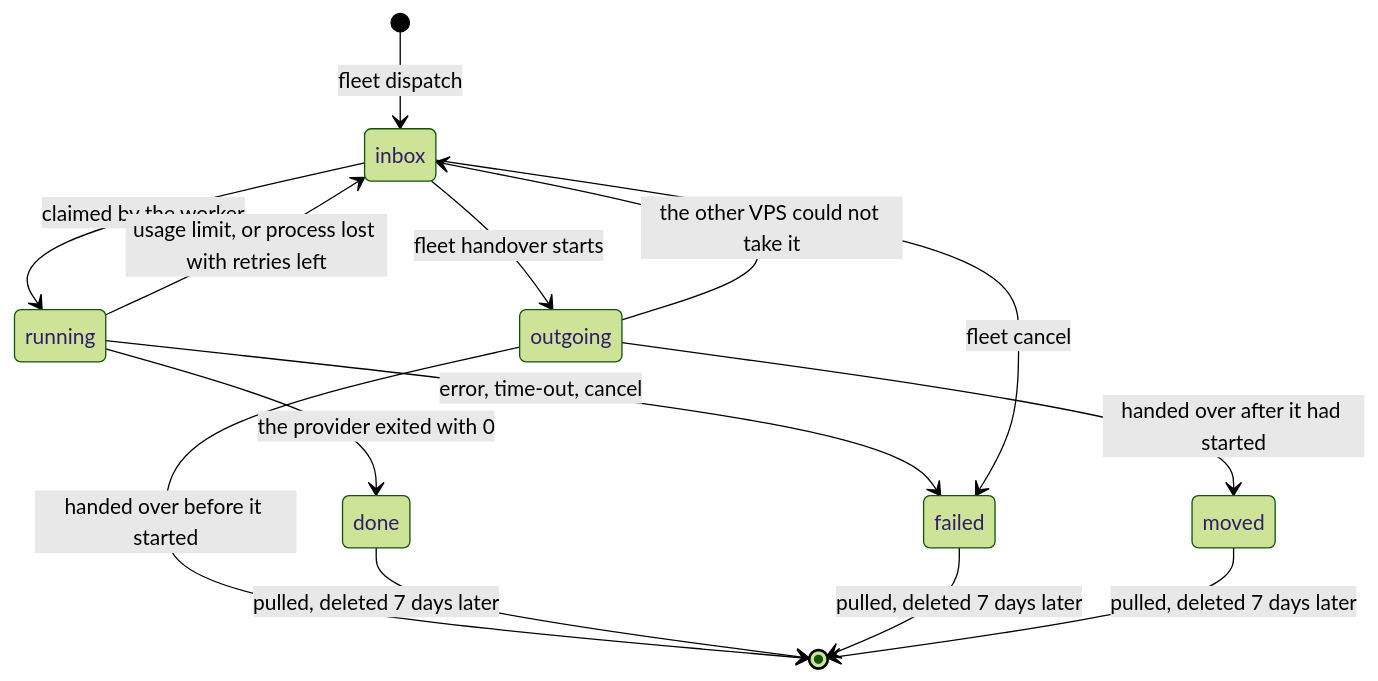
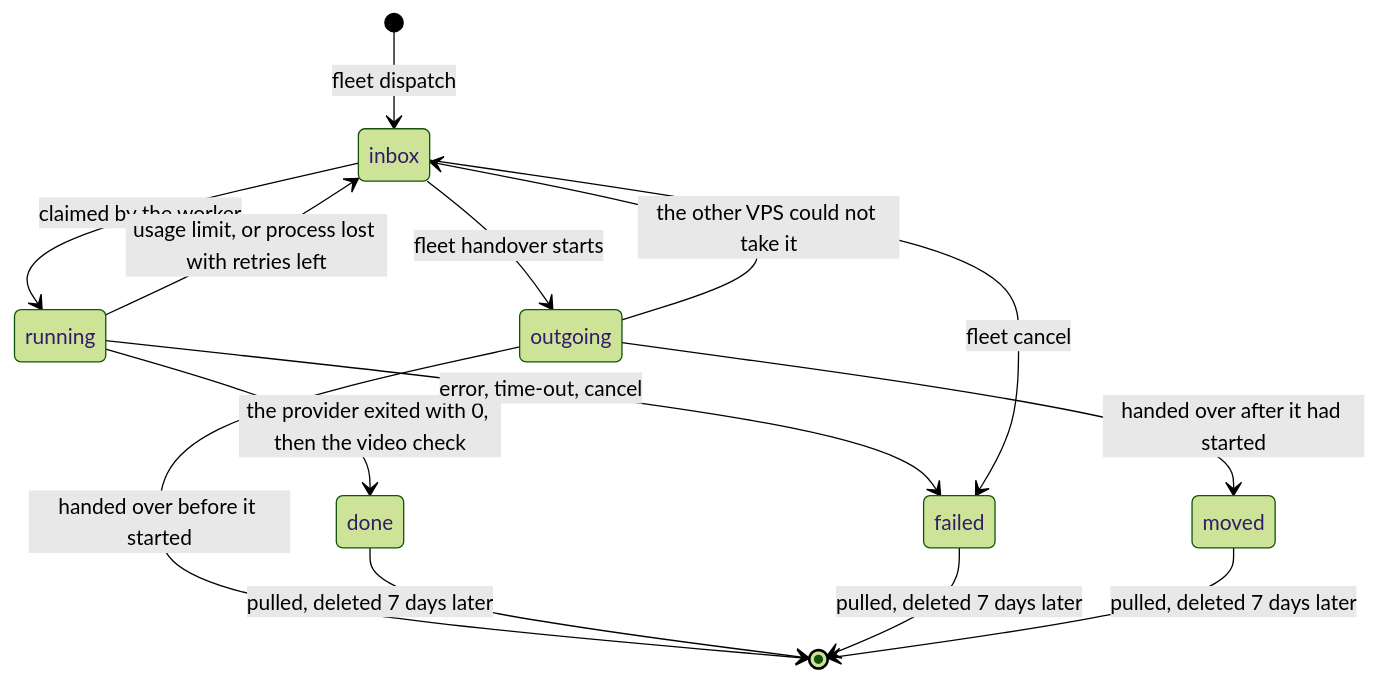
One commit to CoffeeTimeGX/hermes-fleet changed the diagram in docs/reference/worker.md. Above: the diagram before and after it, drawn with Mermaid (forest theme). The commit also changed other lines of this file and 36 other files, not shown here.

````diff
--- a/docs/reference/worker.md
+++ b/docs/reference/worker.md
@@ -46,16 +50,16 @@
 ```mermaid
 stateDiagram-v2
   [*] --> inbox: fleet dispatch
   inbox --> running: claimed by the worker
-  running --> done: the provider exited with 0
+  running --> done: the provider exited with 0, then the video check
   running --> failed: error, time-out, cancel
   running --> inbox: usage limit, or process lost with retries left
   inbox --> failed: fleet cancel
   inbox --> outgoing: fleet handover starts
   outgoing --> [*]: handed over before it started
   outgoing --> moved: handed over after it had started
   outgoing --> inbox: the other VPS could not take it
   done --> [*]: pulled, deleted 7 days later
   failed --> [*]: pulled, deleted 7 days later
   moved --> [*]: pulled, deleted 7 days later
 ```
````
